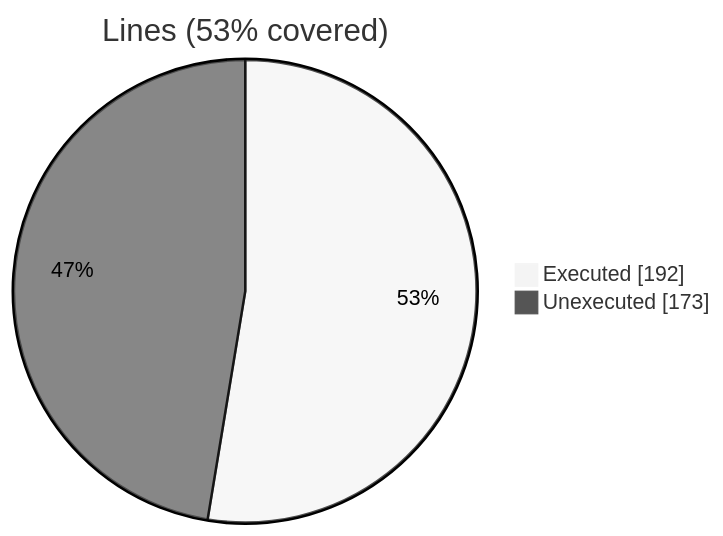
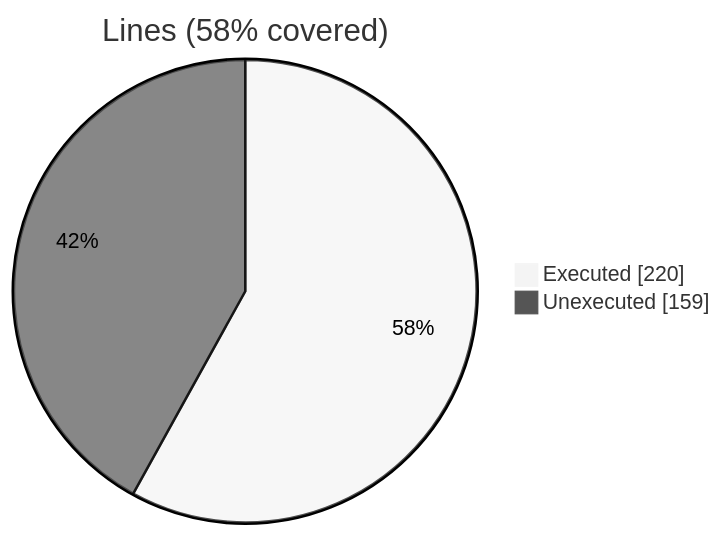
Before and after one commit to szaghi/FiNeR: the first of 2 diagrams in docs/guide/finer_file_ini_t.F90.gcov.md, drawn with Mermaid (neutral theme). The commit also changed other lines of this file and 10 other files, not shown here.

````diff
--- a/docs/guide/finer_file_ini_t.F90.gcov.md
+++ b/docs/guide/finer_file_ini_t.F90.gcov.md
@@ -10,6 +10,6 @@
 ```mermaid
 pie showData
-    title Lines (53% covered)
-    "Executed" : 192
-    "Unexecuted" : 173
+    title Lines (58% covered)
+    "Executed" : 220
+    "Unexecuted" : 159
 ```
````
